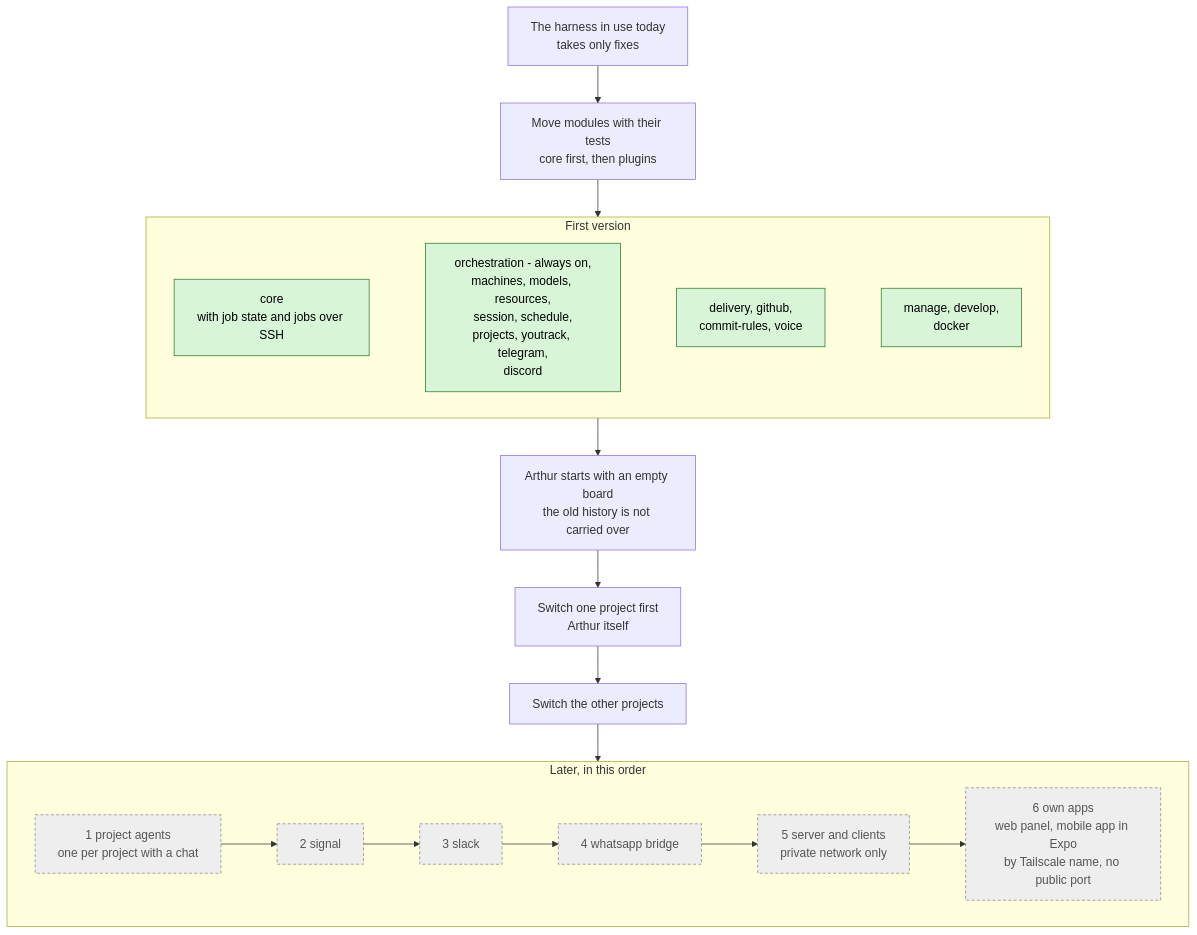
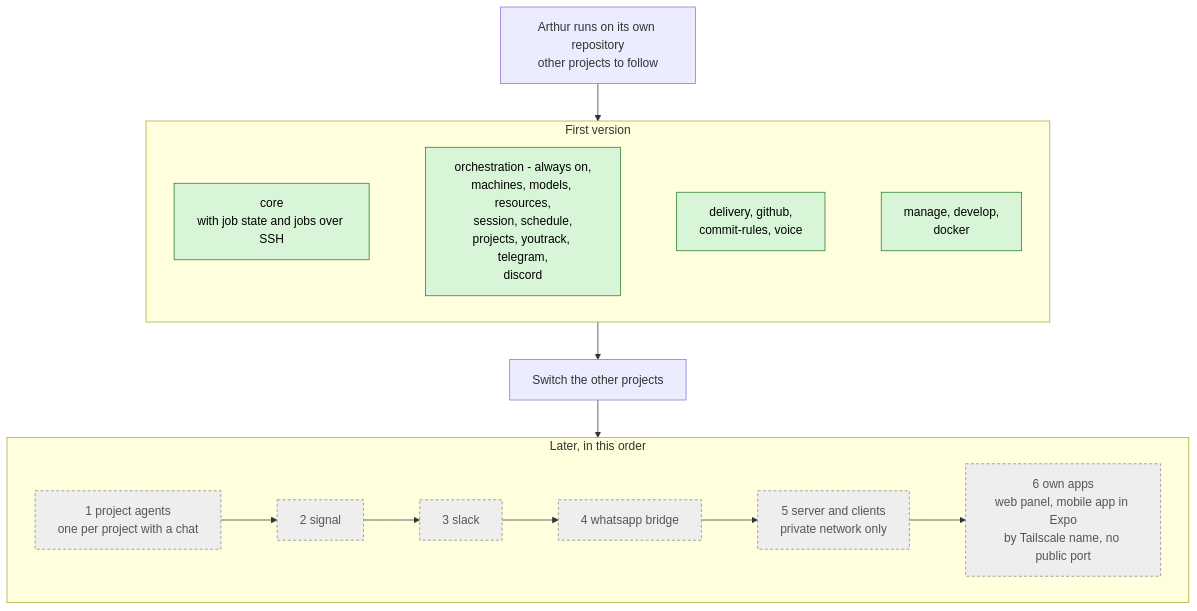
The diagram in docs/architecture/versions.mmd (kacperadler/arthur), drawn with Mermaid before and after one commit.

Commit message:
docs(AR0408): start versions.mmd at the switch to Arthur's own repo

```diff
--- a/docs/architecture/versions.mmd
+++ b/docs/architecture/versions.mmd
@@ -1,33 +1,30 @@
-%% From the harness in use today to Arthur's first version and after it. Green = first version, grey dashed = later.
+%% From the switch (Arthur runs on its own repository since 2026-10-25) to the rest of Arthur's first version and after it. Green = first version, grey dashed = later.
 flowchart TD
-  today[The harness in use today<br/>takes only fixes]
-  move[Move modules with their tests<br/>core first, then plugins]
+  today[Arthur runs on its own repository<br/>other projects to follow]
 
   subgraph V1[First version]
     core[core<br/>with job state and jobs over SSH]
     p1[orchestration - always on,<br/>machines, models, resources,<br/>session, schedule,<br/>projects, youtrack, telegram,<br/>discord]
     p2[delivery, github,<br/>commit-rules, voice]
     p3[manage, develop,<br/>docker]
     core ~~~ p1 ~~~ p2 ~~~ p3
   end
 
-  start[Arthur starts with an empty board<br/>the old history is not carried over]
-  switch1[Switch one project first<br/>Arthur itself]
   switch2[Switch the other projects]
 
   subgraph V2[Later, in this order]
     agents[1 project agents<br/>one per project with a chat]
     signal[2 signal]
     slack[3 slack]
     whatsapp[4 whatsapp bridge]
     server[5 server and clients<br/>private network only]
     apps[6 own apps<br/>web panel, mobile app in Expo<br/>by Tailscale name, no public port]
     agents --> signal --> slack --> whatsapp --> server --> apps
   end
 
-  today --> move --> V1 --> start --> switch1 --> switch2 --> V2
+  today --> V1 --> switch2 --> V2
 
   classDef first fill:#d8f5d8,stroke:#2d7a2d,color:#000;
   classDef later fill:#eee,stroke:#888,stroke-dasharray:4 3,color:#555;
   class core,p1,p2,p3 first;
   class agents,signal,slack,whatsapp,server,apps later;
```
